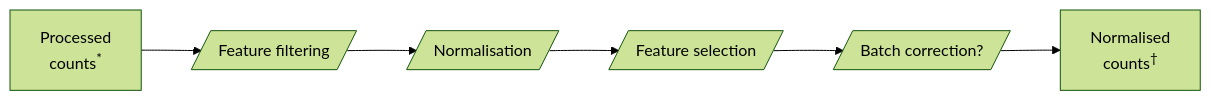
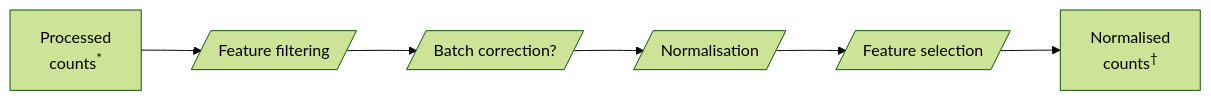
Before and after one commit to openpipelines-bio/openpipeline: the fourth of 5 diagrams in docs/design.qmd, drawn with Mermaid (forest theme). The commit also changed other lines of this file and 1 other file, not shown here.

````diff
--- a/docs/design.qmd
+++ b/docs/design.qmd
@@ -137,16 +135,15 @@
 ```{mermaid}
 %%| label: fig-mspreproc
 %%| fig-cap: "Multi-sample processing pipeline.  \n`*`: Possible entry points.  \n`†`: Output file(s)"
 flowchart LR
 
   Processed["Processed\ncounts<sup>*</sup>"]
   Normalised["Normalised\ncounts<sup>†</sup>"]
 
   Step1[/"Feature filtering"/]
-  Step2[/"Normalisation"/]
-  Step3[/"Feature selection"/]
-  Step4[/"Batch correction?"/]
-  
+  Step2[/"Batch correction?"/]
+  Step3[/"Normalisation"/]
+  Step4[/"Feature selection"/]
 
   Processed --> Step1 --> Step2 --> Step3 --> Step4 --> Normalised
 ```
````
